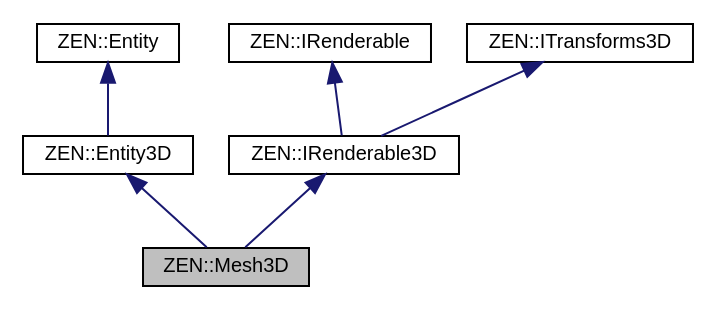
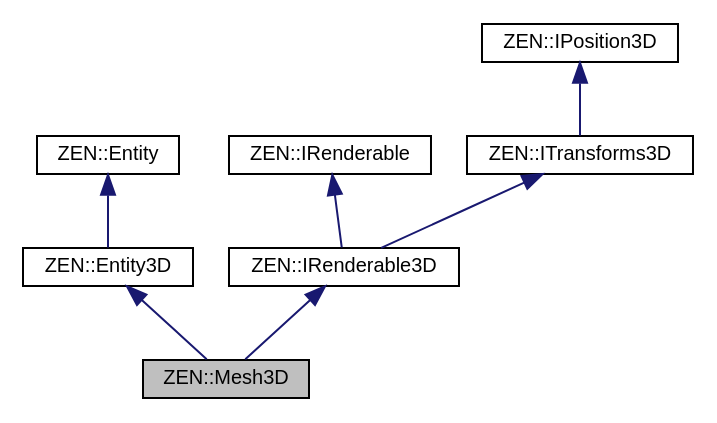
The diagram in classZEN_1_1Mesh3D__coll__graph.dot (markhj/zeronetics), drawn with Graphviz before and after one commit. The commit also changed 184 other files, not shown here.

```diff
--- a/classZEN_1_1Mesh3D__coll__graph.dot
+++ b/classZEN_1_1Mesh3D__coll__graph.dot
@@ -1,17 +1,19 @@
 digraph "ZEN::Mesh3D"
 {
  // LATEX_PDF_SIZE
   edge [fontname="Helvetica",fontsize="10",labelfontname="Helvetica",labelfontsize="10"];
   node [fontname="Helvetica",fontsize="10",shape=record];
   Node1 [label="ZEN::Mesh3D",height=0.2,width=0.4,color="black", fillcolor="grey75", style="filled", fontcolor="black",tooltip=" "];
   Node2 -> Node1 [dir="back",color="midnightblue",fontsize="10",style="solid",fontname="Helvetica"];
   Node2 [label="ZEN::Entity3D",height=0.2,width=0.4,color="black", fillcolor="white", style="filled",URL="$classZEN_1_1Entity3D.html",tooltip=" "];
   Node3 -> Node2 [dir="back",color="midnightblue",fontsize="10",style="solid",fontname="Helvetica"];
   Node3 [label="ZEN::Entity",height=0.2,width=0.4,color="black", fillcolor="white", style="filled",URL="$classZEN_1_1Entity.html",tooltip=" "];
   Node4 -> Node1 [dir="back",color="midnightblue",fontsize="10",style="solid",fontname="Helvetica"];
   Node4 [label="ZEN::IRenderable3D",height=0.2,width=0.4,color="black", fillcolor="white", style="filled",URL="$classZEN_1_1IRenderable3D.html",tooltip=" "];
   Node5 -> Node4 [dir="back",color="midnightblue",fontsize="10",style="solid",fontname="Helvetica"];
   Node5 [label="ZEN::IRenderable",height=0.2,width=0.4,color="black", fillcolor="white", style="filled",URL="$classZEN_1_1IRenderable.html",tooltip=" "];
   Node6 -> Node4 [dir="back",color="midnightblue",fontsize="10",style="solid",fontname="Helvetica"];
   Node6 [label="ZEN::ITransforms3D",height=0.2,width=0.4,color="black", fillcolor="white", style="filled",URL="$classZEN_1_1ITransforms3D.html",tooltip=" "];
+  Node7 -> Node6 [dir="back",color="midnightblue",fontsize="10",style="solid",fontname="Helvetica"];
+  Node7 [label="ZEN::IPosition3D",height=0.2,width=0.4,color="black", fillcolor="white", style="filled",URL="$classZEN_1_1IPosition3D.html",tooltip=" "];
 }
```
